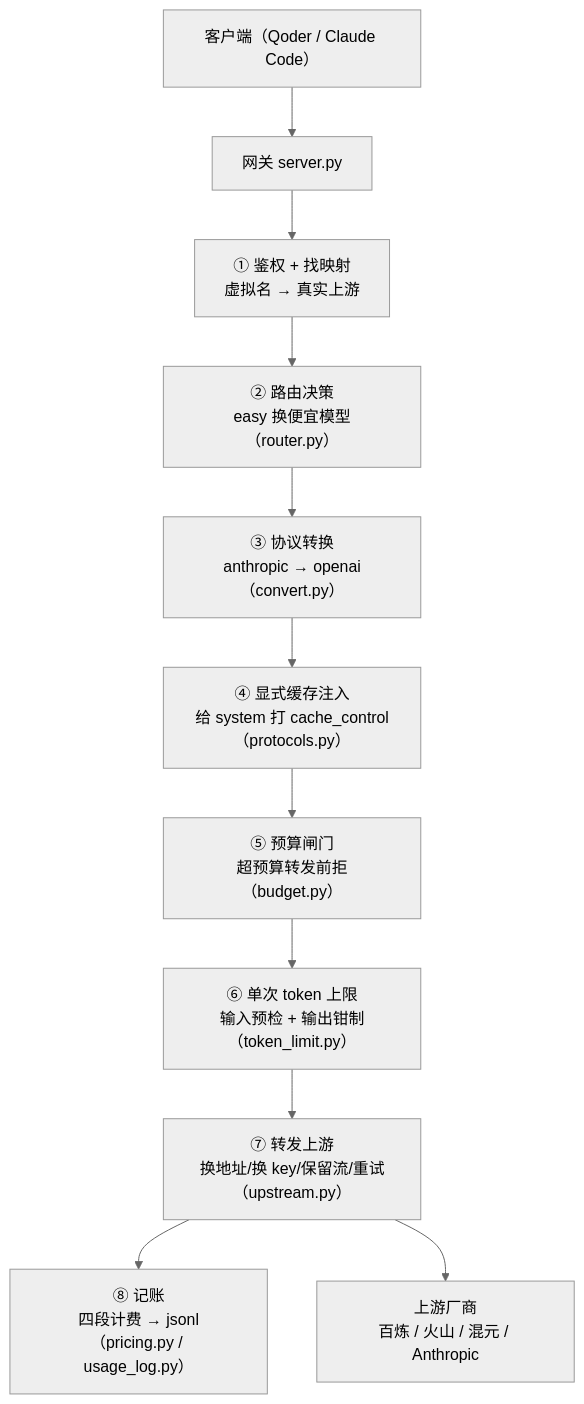
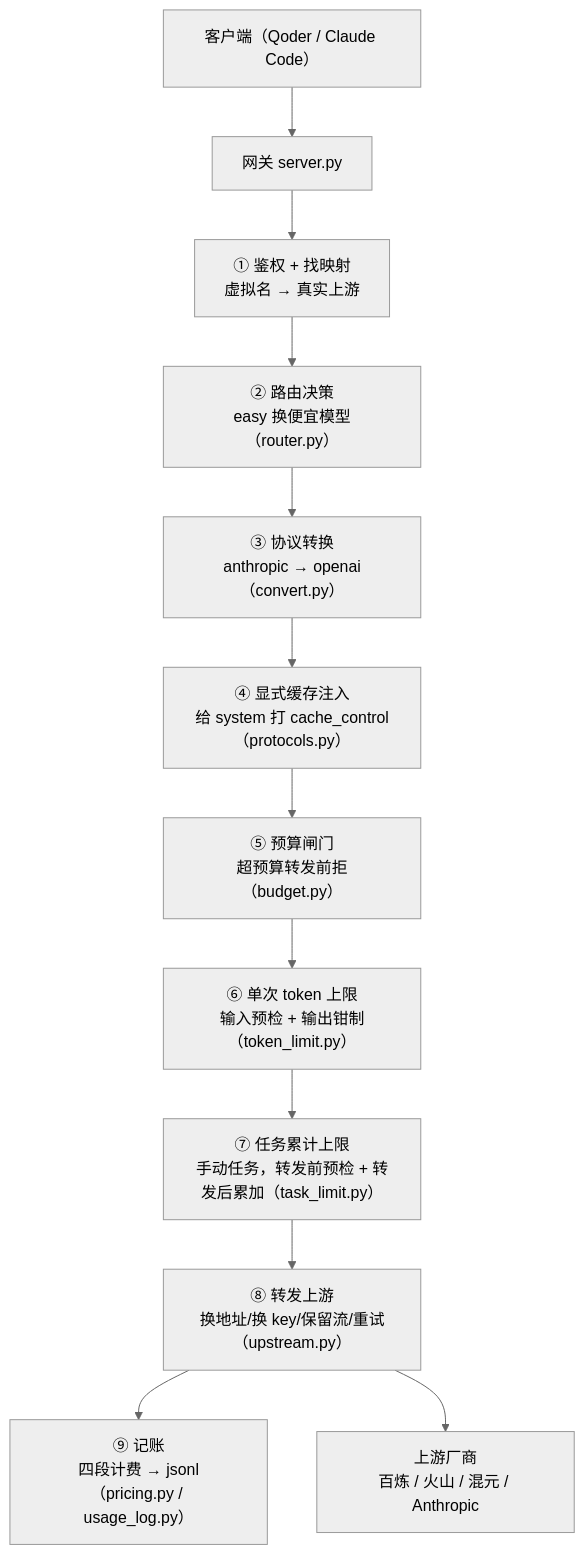
Before and after one commit to Chenry-123/llm-token-gateway: the diagram in README.md, drawn with Mermaid (neutral theme). The commit also changed other lines of this file and 12 other files, not shown here.

````diff
--- a/README.md
+++ b/README.md
@@ -67,13 +68,14 @@
 ```mermaid
 flowchart TB
     A["客户端（Qoder / Claude Code）"] --> B["网关 server.py"]
     B --> C["① 鉴权 + 找映射<br/>虚拟名 → 真实上游"]
     C --> D["② 路由决策<br/>easy 换便宜模型（router.py）"]
     D --> E["③ 协议转换<br/>anthropic → openai（convert.py）"]
     E --> F["④ 显式缓存注入<br/>给 system 打 cache_control（protocols.py）"]
     F --> G["⑤ 预算闸门<br/>超预算转发前拒（budget.py）"]
     G --> G2["⑥ 单次 token 上限<br/>输入预检 + 输出钳制（token_limit.py）"]
-    G2 --> H["⑦ 转发上游<br/>换地址/换 key/保留流/重试（upstream.py）"]
-    H --> I["⑧ 记账<br/>四段计费 → jsonl（pricing.py / usage_log.py）"]
+    G2 --> G3["⑦ 任务累计上限<br/>手动任务，转发前预检 + 转发后累加（task_limit.py）"]
+    G3 --> H["⑧ 转发上游<br/>换地址/换 key/保留流/重试（upstream.py）"]
+    H --> I["⑨ 记账<br/>四段计费 → jsonl（pricing.py / usage_log.py）"]
     H --> J["上游厂商<br/>百炼 / 火山 / 混元 / Anthropic"]
 ```
````
